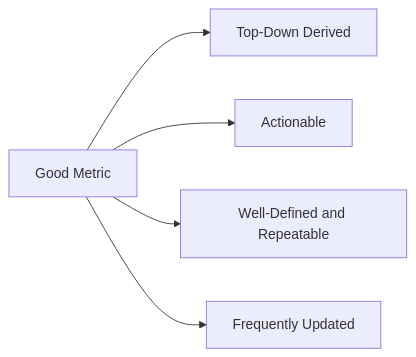
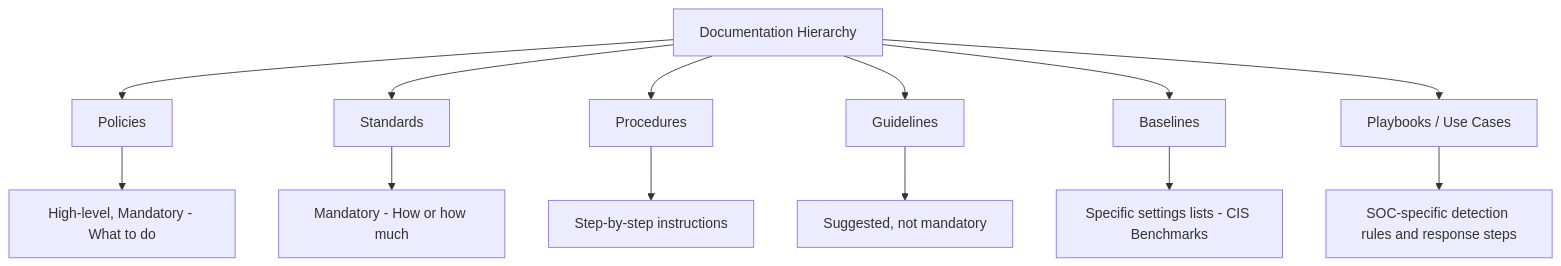
The eighth of 8 diagrams in 450.1 - Blue Team Tools and Operation /SOC Overview.md (ammaryasser28/SEC450), drawn with Mermaid before and after one commit. The commit also changed other lines of this file, not shown here.

Commit message:
Update SOC Overview.md

````diff
--- a/450.1 - Blue Team Tools and Operation /SOC Overview.md
+++ b/450.1 - Blue Team Tools and Operation /SOC Overview.md
@@ -433,7 +330,16 @@
 ```mermaid
-flowchart LR
-    A[Good Metric] --> B[Top-Down Derived]
-    A --> C[Actionable]
-    A --> D[Well-Defined and Repeatable]
-    A --> E[Frequently Updated]
+flowchart TD
+    A[Documentation Hierarchy] --> B[Policies]
+    A --> C[Standards]
+    A --> D[Procedures]
+    A --> E[Guidelines]
+    A --> F[Baselines]
+    A --> G[Playbooks / Use Cases]
+    
+    B --> B1[High-level, Mandatory - What to do]
+    C --> C1[Mandatory - How or how much]
+    D --> D1[Step-by-step instructions]
+    E --> E1[Suggested, not mandatory]
+    F --> F1[Specific settings lists - CIS Benchmarks]
+    G --> G1[SOC-specific detection rules and response steps]
 ```
````
